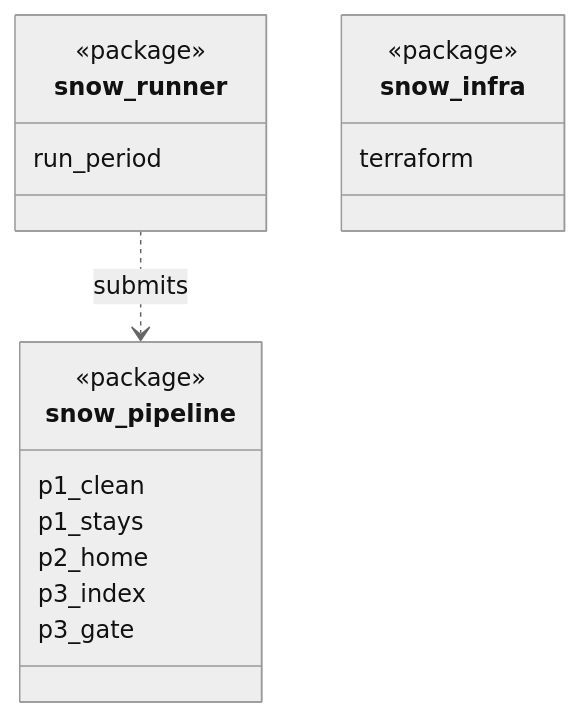
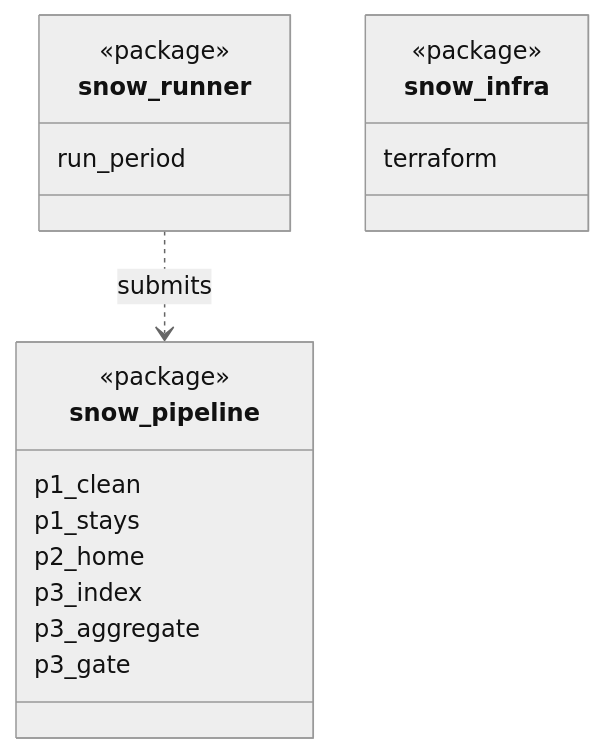
The second of 2 diagrams in content/snow/orion/orion.md (N0TSU5/4space-sysdiagram), drawn with Mermaid (neutral theme) before and after one commit. The commit also changed other lines of this file and 9 other files, not shown here.

````diff
--- a/content/snow/orion/orion.md
+++ b/content/snow/orion/orion.md
@@ -35,20 +36,21 @@
 ```mermaid
 classDiagram
   class snow_pipeline {
     <<package>>
     p1_clean
     p1_stays
     p2_home
     p3_index
+    p3_aggregate
     p3_gate
   }
   class snow_runner {
     <<package>>
     run_period
   }
   class snow_infra {
     <<package>>
     terraform
   }
   snow_runner ..> snow_pipeline : submits
 ```
````
